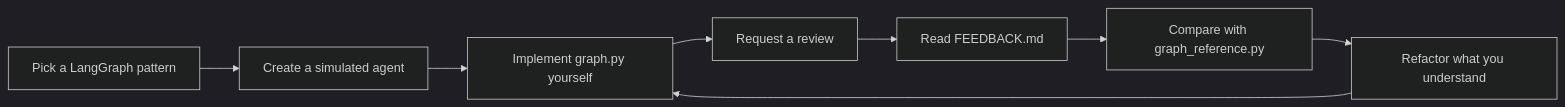
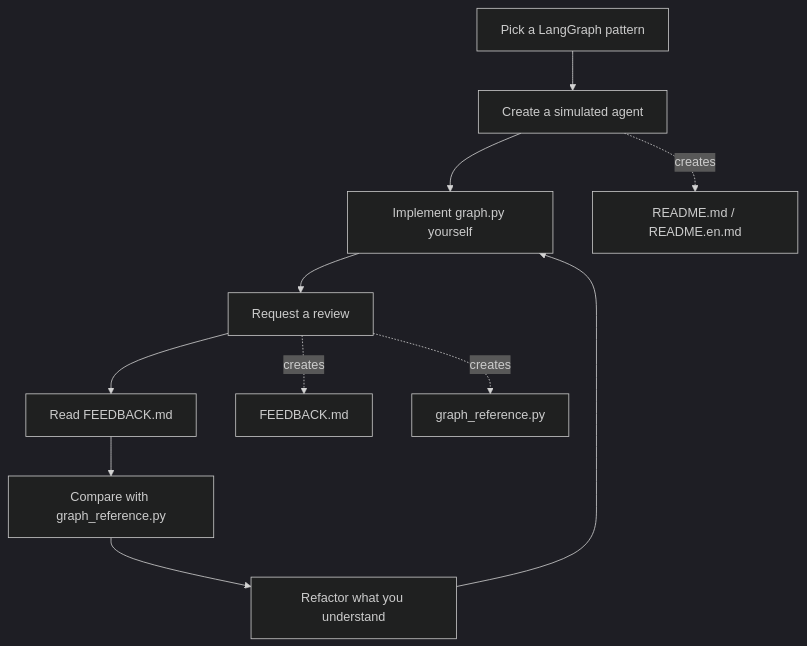
The diagram in README.en.md (heecheon92/langgraph-playground), drawn with Mermaid (dark theme) before and after one commit. The commit also changed 24 other files, not shown here.

````diff
--- a/README.en.md
+++ b/README.en.md
@@ -56,10 +56,14 @@
 ```mermaid
-flowchart LR
+flowchart TD
     A[Pick a LangGraph pattern] --> B[Create a simulated agent]
     B --> C[Implement graph.py yourself]
     C --> D[Request a review]
     D --> E[Read FEEDBACK.md]
     E --> F[Compare with graph_reference.py]
     F --> G[Refactor what you understand]
     G --> C
+
+    B -. creates .-> B1[README.md / README.en.md]
+    D -. creates .-> D1[FEEDBACK.md]
+    D -. creates .-> D2[graph_reference.py]
 ```
````
